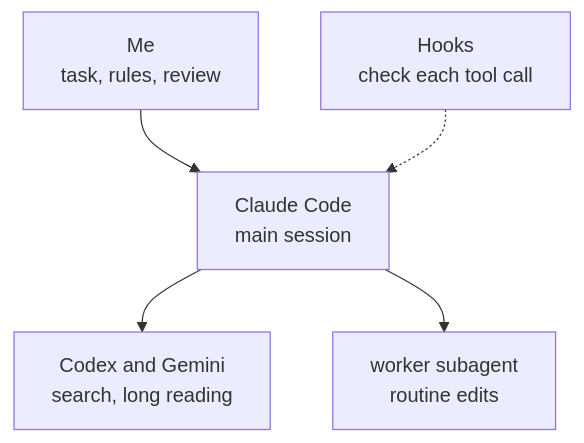
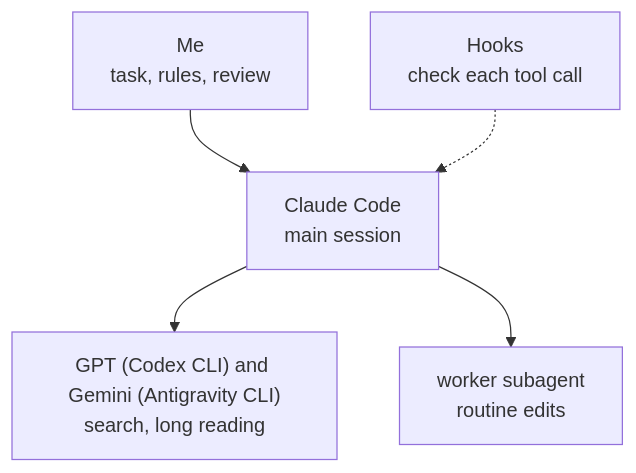
The diagram in docs/setup.md (tigran-martirosian/ai-coding-setup), drawn with Mermaid before and after one commit. The commit also changed other lines of this file and 19 other files, not shown here.

````diff
--- a/docs/setup.md
+++ b/docs/setup.md
@@ -5,12 +5,12 @@
 ```mermaid
 flowchart TD
   me["Me<br>task, rules, review"]
   hooks["Hooks<br>check each tool call"]
   main["Claude Code<br>main session"]
-  ext["Codex and Gemini<br>search, long reading"]
+  ext["GPT (Codex CLI) and Gemini (Antigravity CLI)<br>search, long reading"]
   worker["worker subagent<br>routine edits"]
   me --> main
   hooks -.-> main
   main --> ext
   main --> worker
 ```
````
